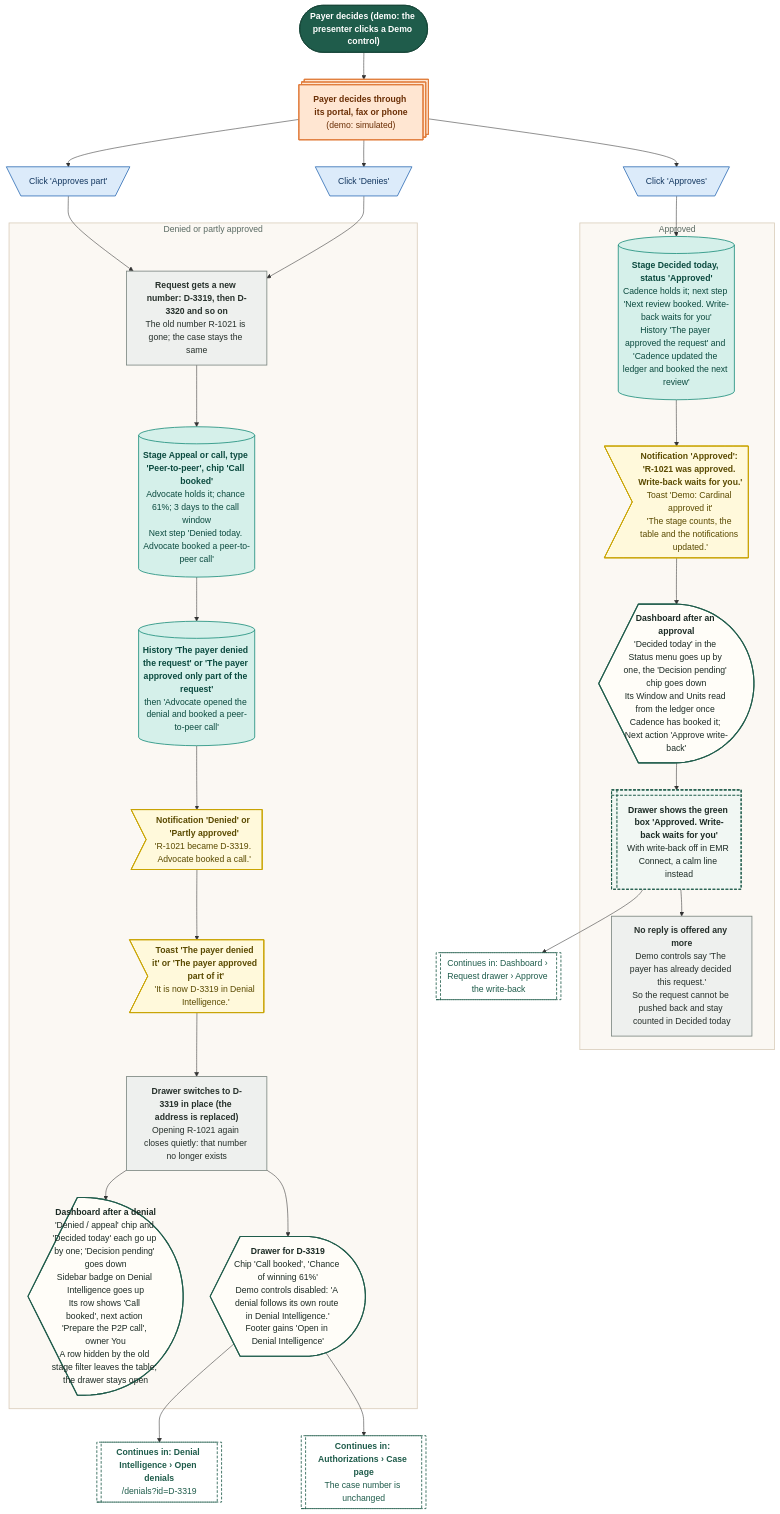
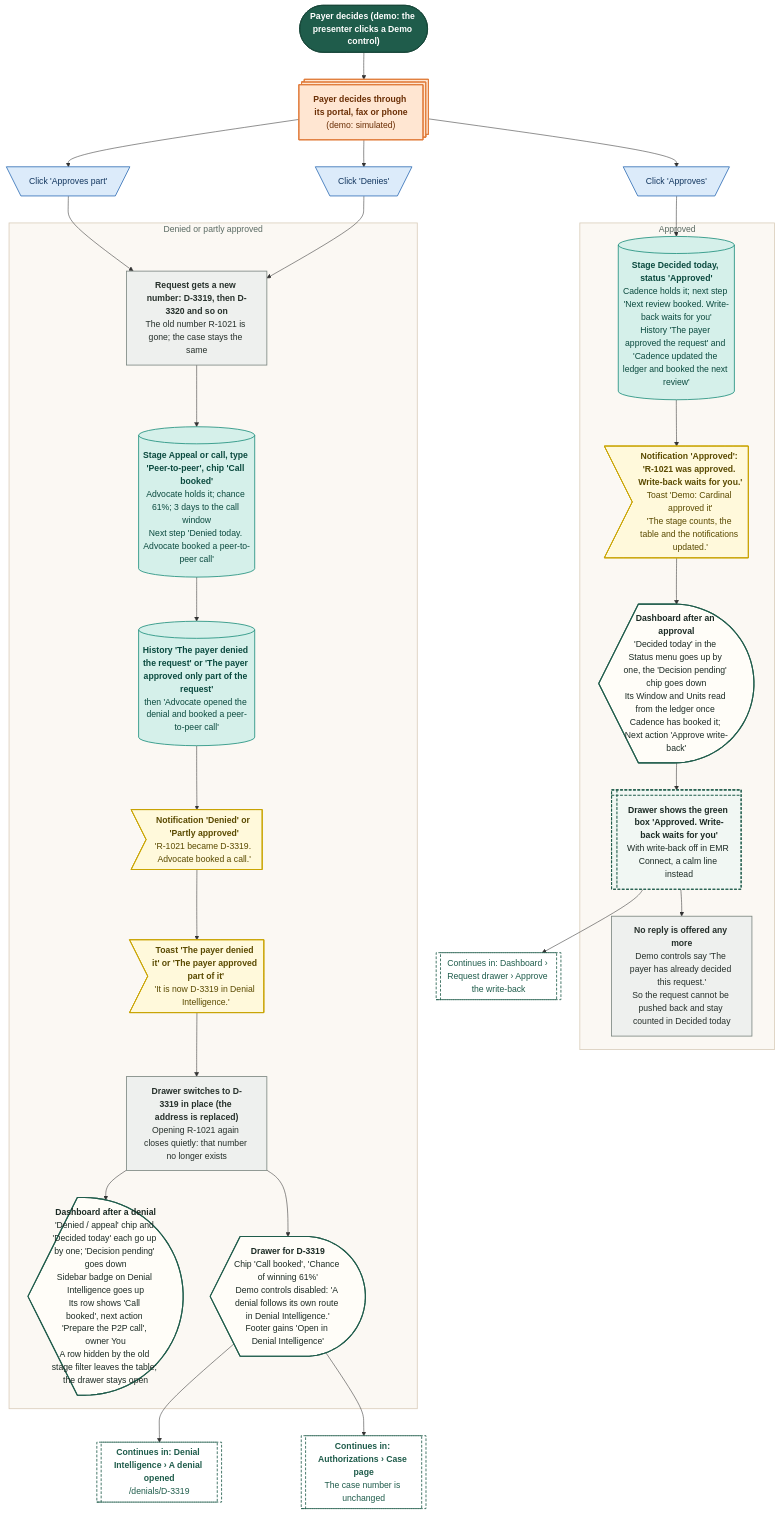
Diagram 21 of 21 in demos/prior-auth-demo/workflows/out/md/02-dashboard.md (Shrav143/psyfloapp), drawn with Mermaid before and after one commit. The commit also changed other lines of this file and 202 other files, not shown here.

First line of the commit message:
docs: round 6 README, CONVENTIONS, spec section 17, diagram module blurbs and 336 rebuilt diagrams

````diff
--- a/demos/prior-auth-demo/workflows/out/md/02-dashboard.md
+++ b/demos/prior-auth-demo/workflows/out/md/02-dashboard.md
@@ -1512,66 +1512,66 @@
 ```mermaid
 %%{init: {"theme":"base","themeVariables":{"fontFamily":"'DM Sans', 'Segoe UI', system-ui, sans-serif","fontSize":"15px","lineColor":"#5B6B63","primaryTextColor":"#1C2B25","clusterBkg":"#FBF8F3","clusterBorder":"#D9CDBB","edgeLabelBackground":"#FFFFFF"},"flowchart":{"curve":"basis","nodeSpacing":36,"rankSpacing":48,"padding":12,"htmlLabels":true,"useMaxWidth":false,"wrappingWidth":230}} }%%
 flowchart TD
   classDef k_start fill:#1F5C4B,stroke:#174638,color:#FFFFFF,stroke-width:1.5px,font-weight:600
   classDef k_end fill:#DDEFE3,stroke:#2E7D4F,color:#14502F,stroke-width:1.5px,font-weight:600
   classDef k_endx fill:#FBE3E0,stroke:#C0392B,color:#7A1F16,stroke-width:1.5px,font-weight:600
   classDef k_screen fill:#FFFDF8,stroke:#1F5C4B,color:#1C2B25,stroke-width:2px
   classDef k_overlay fill:#F1F7F3,stroke:#1F5C4B,color:#1C2B25,stroke-width:2px,stroke-dasharray:5 3
   classDef k_click fill:#DCEBFA,stroke:#2F6DB5,color:#12365F,stroke-width:1.5px
   classDef k_input fill:#E4E7FF,stroke:#4C5FD5,color:#1D2670,stroke-width:1.5px
   classDef k_process fill:#EEF0EE,stroke:#7A857F,color:#26302B,stroke-width:1.5px
   classDef k_agent fill:#EEE5FA,stroke:#7A4FC2,color:#341A63,stroke-width:1.5px
   classDef k_decision fill:#FFF0CC,stroke:#D9962B,color:#5C3B00,stroke-width:1.5px
   classDef k_store fill:#D5F0EA,stroke:#1C8E7B,color:#0B4A3F,stroke-width:1.5px
   classDef k_doc fill:#F6E9DC,stroke:#B07A4C,color:#4A2E14,stroke-width:1.5px
   classDef k_ext fill:#FFE6D2,stroke:#E07B39,color:#6B2F06,stroke-width:1.5px
   classDef k_wait fill:#E4E8EE,stroke:#6B7C93,color:#26303D,stroke-width:1.5px
   classDef k_toast fill:#FFF9DB,stroke:#C9A400,color:#5A4A00,stroke-width:1.5px
   classDef k_goto fill:#FFFFFF,stroke:#1F5C4B,color:#1F5C4B,stroke-width:1.5px,stroke-dasharray:5 3
   s1@{ shape: stadium, label: "Payer decides (demo: the presenter clicks a Demo control)" }
   x1@{ shape: st-rect, label: "<b>Payer decides through its portal, fax or phone</b><br/>(demo: simulated)" }
   c1@{ shape: trap-t, label: "Click 'Approves'" }
   c2@{ shape: trap-t, label: "Click 'Approves part'" }
   c3@{ shape: trap-t, label: "Click 'Denies'" }
   subgraph gA ["Approved"]
   a1@{ shape: cyl, label: "<b>Stage Decided today, status 'Approved'</b><br/>Cadence holds it; next step 'Next review booked. Write-back waits for you'<br/>History 'The payer approved the request' and 'Cadence updated the ledger and booked the next review'" }
   an@{ shape: odd, label: "<b>Notification 'Approved': 'R-1021 was approved. Write-back waits for you.'</b><br/>Toast 'Demo: Cardinal approved it'<br/>'The stage counts, the table and the notifications updated.'" }
   as@{ shape: curv-trap, label: "<b>Dashboard after an approval</b><br/>'Decided today' in the Status menu goes up by one, the 'Decision pending' chip goes down<br/>Its Window and Units read from the ledger once Cadence has booked it; Next action 'Approve write-back'" }
   ab@{ shape: win-pane, label: "<b>Drawer shows the green box 'Approved. Write-back waits for you'</b><br/>With write-back off in EMR Connect, a calm line instead" }
   qk@{ shape: rect, label: "<b>No reply is offered any more</b><br/>Demo controls say 'The payer has already decided this request.'<br/>So the request cannot be pushed back and stay counted in Decided today" }
   end
   g1@{ shape: subproc, label: "Continues in: Dashboard › Request drawer › Approve the write-back" }
   subgraph gD ["Denied or partly approved"]
   d1@{ shape: rect, label: "<b>Request gets a new number: D-3319, then D-3320 and so on</b><br/>The old number R-1021 is gone; the case stays the same" }
   d2@{ shape: cyl, label: "<b>Stage Appeal or call, type 'Peer-to-peer', chip 'Call booked'</b><br/>Advocate holds it; chance 61%; 3 days to the call window<br/>Next step 'Denied today. Advocate booked a peer-to-peer call'" }
   d3@{ shape: cyl, label: "<b>History 'The payer denied the request' or 'The payer approved only part of the request'</b><br/>then 'Advocate opened the denial and booked a peer-to-peer call'" }
   dn@{ shape: odd, label: "<b>Notification 'Denied' or 'Partly approved'</b><br/>'R-1021 became D-3319. Advocate booked a call.'" }
   dt@{ shape: odd, label: "<b>Toast 'The payer denied it' or 'The payer approved part of it'</b><br/>'It is now D-3319 in Denial Intelligence.'" }
   d4@{ shape: rect, label: "<b>Drawer switches to D-3319 in place (the address is replaced)</b><br/>Opening R-1021 again closes quietly: that number no longer exists" }
   ds@{ shape: curv-trap, label: "<b>Dashboard after a denial</b><br/>'Denied / appeal' chip and 'Decided today' each go up by one; 'Decision pending' goes down<br/>Sidebar badge on Denial Intelligence goes up<br/>Its row shows 'Call booked', next action 'Prepare the P2P call', owner You<br/>A row hidden by the old stage filter leaves the table; the drawer stays open" }
   dd@{ shape: curv-trap, label: "<b>Drawer for D-3319</b><br/>Chip 'Call booked', 'Chance of winning 61%'<br/>Demo controls disabled: 'A denial follows its own route in Denial Intelligence.'<br/>Footer gains 'Open in Denial Intelligence'" }
   end
-  g2@{ shape: subproc, label: "<b>Continues in: Denial Intelligence › Open denials</b><br/>/denials?id=D-3319" }
+  g2@{ shape: subproc, label: "<b>Continues in: Denial Intelligence › A denial opened</b><br/>/denials/D-3319" }
   g3@{ shape: subproc, label: "<b>Continues in: Authorizations › Case page</b><br/>The case number is unchanged" }
   s1 --> x1 --> c1 & c2 & c3
   c1 --> a1 --> an --> as --> ab --> g1
   ab --> qk
   c2 --> d1
   c3 --> d1
   d1 --> d2 --> d3 --> dn --> dt --> d4
   d4 --> ds
   d4 --> dd
   dd --> g2
   dd --> g3
   class s1 k_start
   class x1 k_ext
   class c1,c2,c3 k_click
   class a1,d2,d3 k_store
   class an,dn,dt k_toast
   class as,ds,dd k_screen
   class ab k_overlay
   class qk,d1,d4 k_process
   class g1,g2,g3 k_goto
   style gA fill:#FBF8F3,stroke:#D9CDBB,stroke-width:1.5px,color:#5B6B63
   style gD fill:#FBF8F3,stroke:#D9CDBB,stroke-width:1.5px,color:#5B6B63
 ```
````
